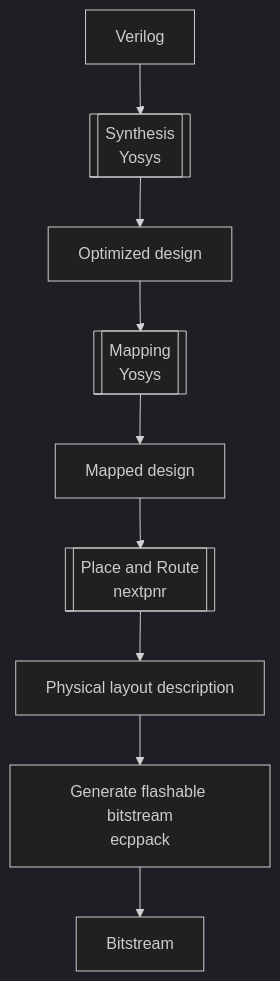
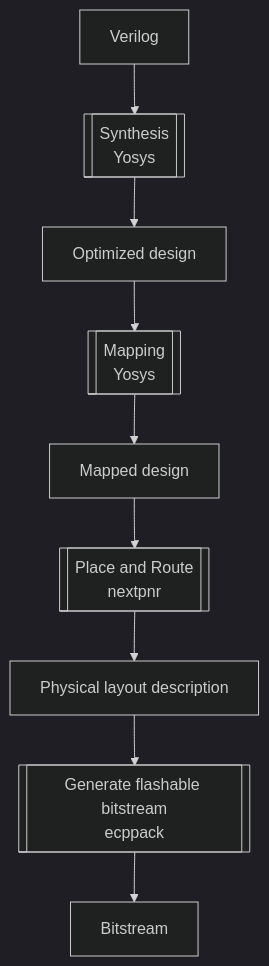
The third of 3 diagrams in web/content/lessons/01_blinky/_index.md (bjonnh/fpga_class_psone), drawn with Mermaid (dark theme) before and after one commit. The commit also changed other lines of this file and 9 other files, not shown here.

````diff
--- a/web/content/lessons/01_blinky/_index.md
+++ b/web/content/lessons/01_blinky/_index.md
@@ -165,11 +165,11 @@
 ```mermaid { align="center" zoom="true" }
 graph TD;
 	Verilog --> S[[Synthesis\nYosys]];
 	S --> OD[Optimized design];
     OD --> M[[Mapping\nYosys]];
     M --> MD[Mapped design];
     MD --> PR[[Place and Route\nnextpnr]];
     PR --> PLD[Physical layout description];
-    PLD --> PK[Generate flashable bitstream\necppack];
+    PLD --> PK[[Generate flashable bitstream\necppack]];
     PK --> Bitstream;
 ```
````
